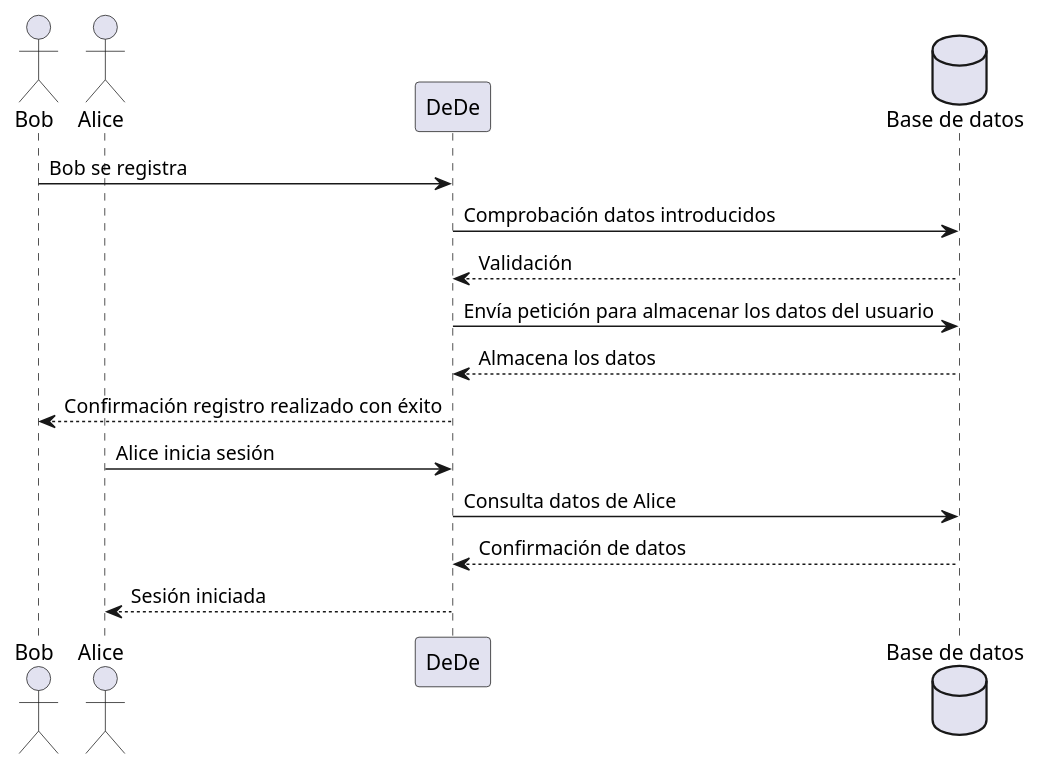
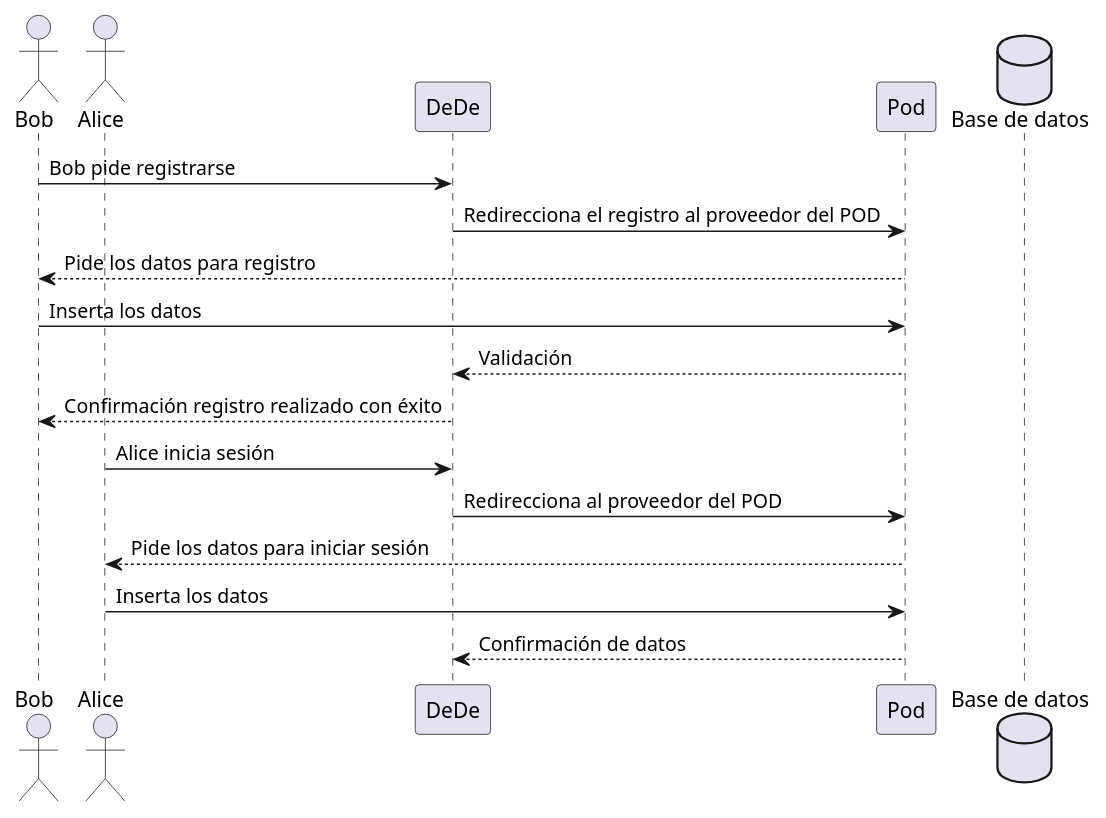
The first of 4 diagrams in docs/06_runtime_view.adoc (Arquisoft/dede_es6b), drawn with PlantUML before and after one commit. The commit also changed other lines of this file, not shown here.

```diff
--- a/docs/06_runtime_view.adoc
+++ b/docs/06_runtime_view.adoc
@@ -9,17 +9,19 @@
 [plantuml,"06_runtime_registro",png]
 ----
 actor Bob
 actor Alice
 participant DeDe
+participant Pod
 database bd as "Base de datos"
-Bob -> DeDe: Bob se registra
-DeDe -> bd: Comprobación datos introducidos
-DeDe <-- bd: Validación
-DeDe -> bd: Envía petición para almacenar los datos del usuario
-DeDe <-- bd: Almacena los datos
+Bob -> DeDe: Bob pide registrarse
+DeDe -> Pod: Redirecciona el registro al proveedor del POD
+Bob <-- Pod: Pide los datos para registro
+Bob -> Pod: Inserta los datos
+DeDe <-- Pod: Validación
 Bob <-- DeDe: Confirmación registro realizado con éxito
 Alice -> DeDe: Alice inicia sesión 
-DeDe -> bd: Consulta datos de Alice
-DeDe <-- bd: Confirmación de datos
-Alice <-- DeDe: Sesión iniciada
+DeDe -> Pod: Redirecciona al proveedor del POD
+Alice <-- Pod: Pide los datos para iniciar sesión
+Alice -> Pod: Inserta los datos
+DeDe <-- Pod: Confirmación de datos
 ----
```
